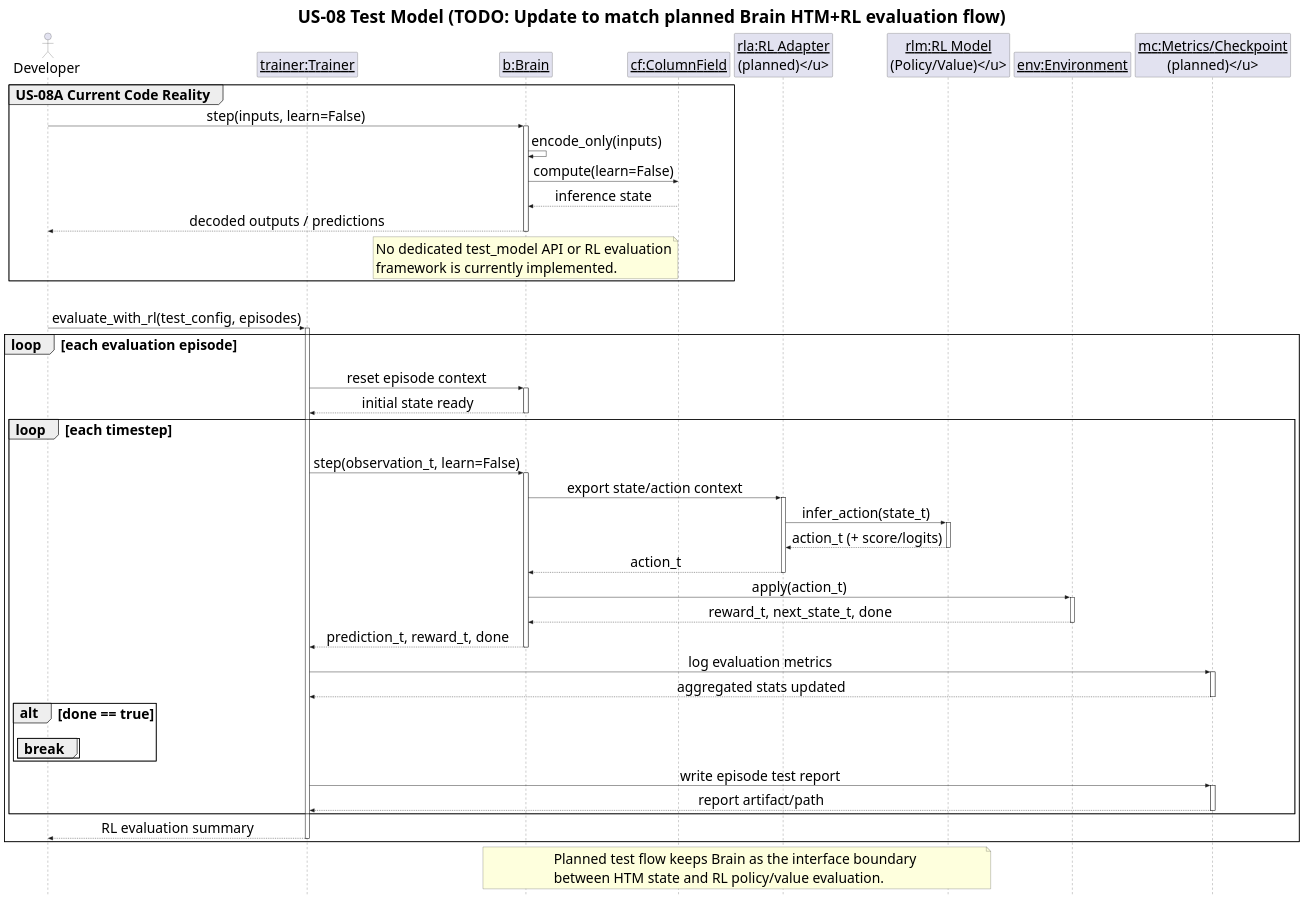
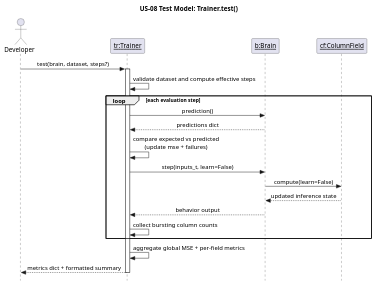
The diagram in docs/puml/US/us-08.puml (egrembocki/htmrl), drawn with PlantUML before and after one commit. The commit also changed 10 other files, not shown here.

Commit message:
Update US sequence diagrams to match current runtime code paths

```diff
--- a/docs/puml/US/us-08.puml
+++ b/docs/puml/US/us-08.puml
@@ -1,91 +1,33 @@
 @startuml
-scale 2000 width
-scale 2000 height
-skinparam TitleFontSize 40
-skinparam ObjectFontSize 30
-skinparam DefaultFontSize 32
 skinparam style strictuml
 skinparam sequenceMessageAlign center
 skinparam responseMessageBelowArrow true
 
-title US-08 Test Model (TODO: Update to match planned Brain HTM+RL evaluation flow)
+title US-08 Test Model: Trainer.test()
 
 actor Developer
-participant "<u>trainer:Trainer</u>" as TM
+participant "<u>tr:Trainer</u>" as TR
 participant "<u>b:Brain</u>" as BR
 participant "<u>cf:ColumnField</u>" as CF
-participant "<u>rla:RL Adapter\n(planned)</u>" as RLA
-participant "<u>rlm:RL Model\n(Policy/Value)</u>" as RLM
-participant "<u>env:Environment</u>" as ENV
-participant "<u>mc:Metrics/Checkpoint\n(planned)</u>" as MC
 
-group US-08A Current Code Reality
-  Developer -> BR: step(inputs, learn=False)
-  activate BR
-  BR -> BR: encode_only(inputs)
+Developer -> TR: test(brain, dataset, steps?)
+activate TR
+TR -> TR: validate dataset and compute effective steps
+
+loop each evaluation step
+  TR -> BR: prediction()
+  BR --> TR: predictions dict
+  TR -> TR: compare expected vs predicted\n(update mse + failures)
+
+  TR -> BR: step(inputs_t, learn=False)
   BR -> CF: compute(learn=False)
-  CF --> BR: inference state
-  BR --> Developer: decoded outputs / predictions
-  deactivate BR
+  CF --> BR: updated inference state
+  BR --> TR: behavior output
 
-  note over BR
-  No dedicated test_model API or RL evaluation
-  framework is currently implemented.
-  end note
+  TR -> TR: collect bursting column counts
 end
 
-group US-08B Planned RL Model Testing Loop (Figure 6-1 / 6-2 Alignment)
-  Developer -> TM: evaluate_with_rl(test_config, episodes)
-  activate TM
-
-  loop each evaluation episode
-    TM -> BR: reset episode context
-    activate BR
-    BR --> TM: initial state ready
-    deactivate BR
-
-    loop each timestep
-      TM -> BR: step(observation_t, learn=False)
-      activate BR
-      BR -> RLA: export state/action context
-      activate RLA
-      RLA -> RLM: infer_action(state_t)
-      activate RLM
-      RLM --> RLA: action_t (+ score/logits)
-      deactivate RLM
-      RLA --> BR: action_t
-      deactivate RLA
-
-      BR -> ENV: apply(action_t)
-      activate ENV
-      ENV --> BR: reward_t, next_state_t, done
-      deactivate ENV
-
-      BR --> TM: prediction_t, reward_t, done
-      deactivate BR
-
-      TM -> MC: log evaluation metrics
-      activate MC
-      MC --> TM: aggregated stats updated
-      deactivate MC
-
-      alt done == true
-        break
-      end
-    end
-
-    TM -> MC: write episode test report
-    activate MC
-    MC --> TM: report artifact/path
-    deactivate MC
-  end
-
-  TM --> Developer: RL evaluation summary
-  deactivate TM
-end
-
-note over BR,RLM
-Planned test flow keeps Brain as the interface boundary
-between HTM state and RL policy/value evaluation.
-end note
+TR -> TR: aggregate global MSE + per-field metrics
+TR --> Developer: metrics dict + formatted summary
+deactivate TR
 @enduml
```
